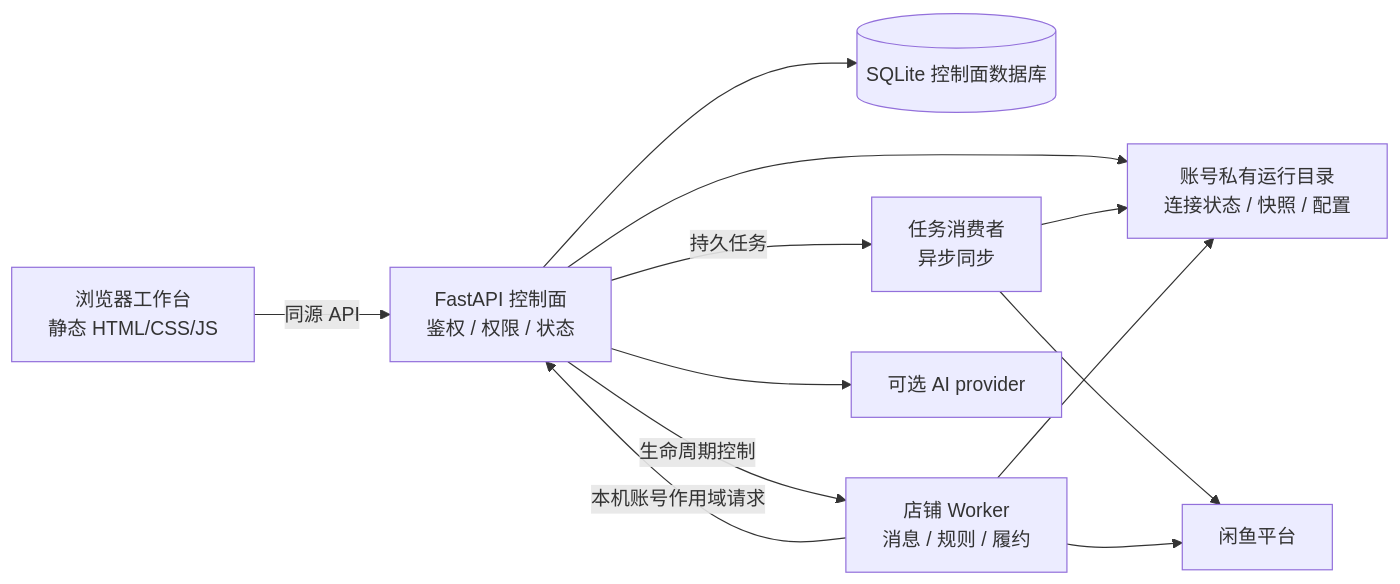
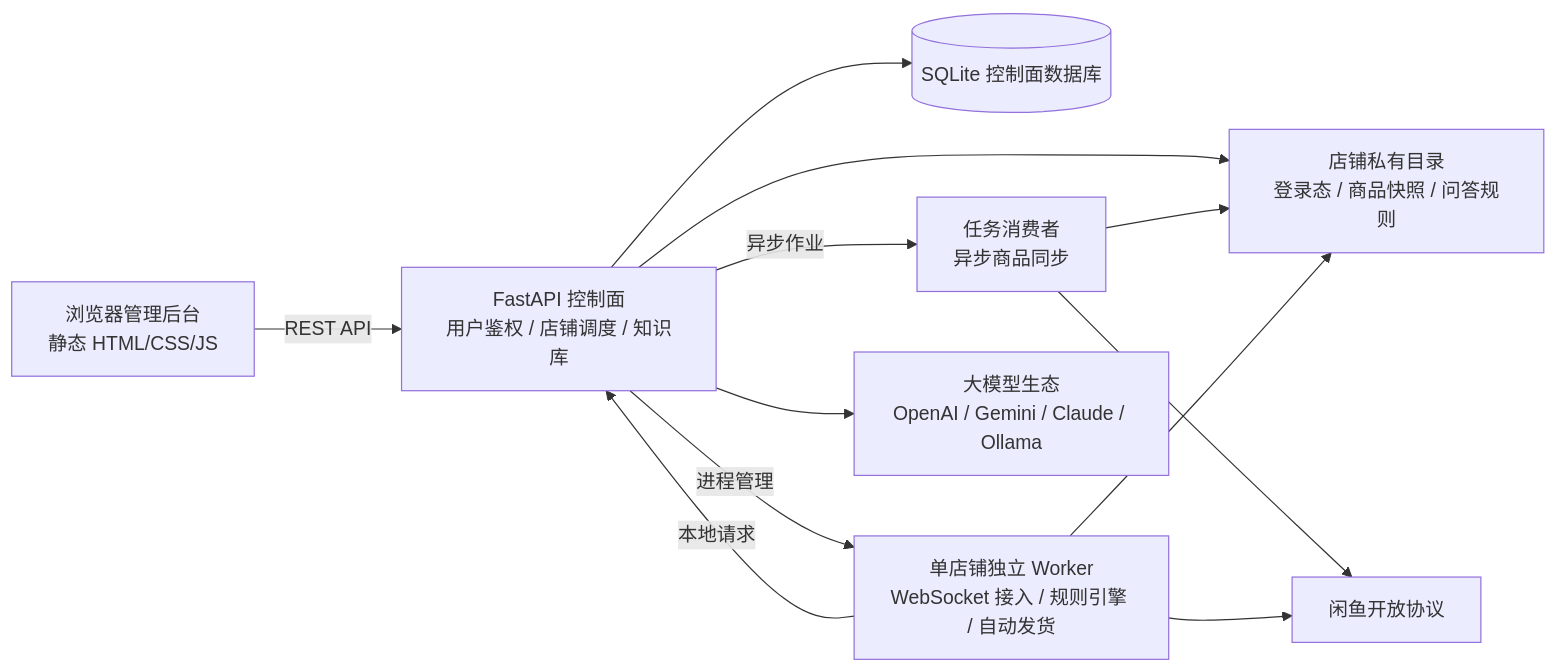
One commit to tswawa/xianyu-saas changed the diagram in docs/ARCHITECTURE.md. Above: the diagram before and after it, drawn with Mermaid. The commit also changed other lines of this file and 9 other files, not shown here.

Commit message:
docs: humanize architecture, security, and access model documentation

````diff
--- a/docs/ARCHITECTURE.md
+++ b/docs/ARCHITECTURE.md
@@ -7,23 +9,29 @@
 ```mermaid
 flowchart LR
-    Browser[浏览器工作台\n静态 HTML/CSS/JS]
-    API[FastAPI 控制面\n鉴权 / 权限 / 状态]
+    Browser[浏览器管理后台
+静态 HTML/CSS/JS]
+    API[FastAPI 控制面
+用户鉴权 / 店铺调度 / 知识库]
     DB[(SQLite 控制面数据库)]
-    Store[账号私有运行目录\n连接状态 / 快照 / 配置]
-    Consumer[任务消费者\n异步同步]
-    Worker[店铺 Worker\n消息 / 规则 / 履约]
-    Platform[闲鱼平台]
-    AI[可选 AI provider]
+    Store[店铺私有目录
+登录态 / 商品快照 / 问答规则]
+    Consumer[任务消费者
+异步商品同步]
+    Worker[单店铺独立 Worker
+WebSocket 接入 / 规则引擎 / 自动发货]
+    Platform[闲鱼开放协议]
+    AI[大模型生态
+OpenAI / Gemini / Claude / Ollama]
 
-    Browser -->|同源 API| API
+    Browser -->|REST API| API
     API --> DB
     API --> Store
-    API -->|持久任务| Consumer
+    API -->|异步作业| Consumer
     Consumer --> Store
     Consumer --> Platform
-    API -->|生命周期控制| Worker
+    API -->|进程管理| Worker
     Worker --> Store
     Worker --> Platform
-    Worker -->|本机账号作用域请求| API
+    Worker -->|本地请求| API
     API --> AI
 ```
````
